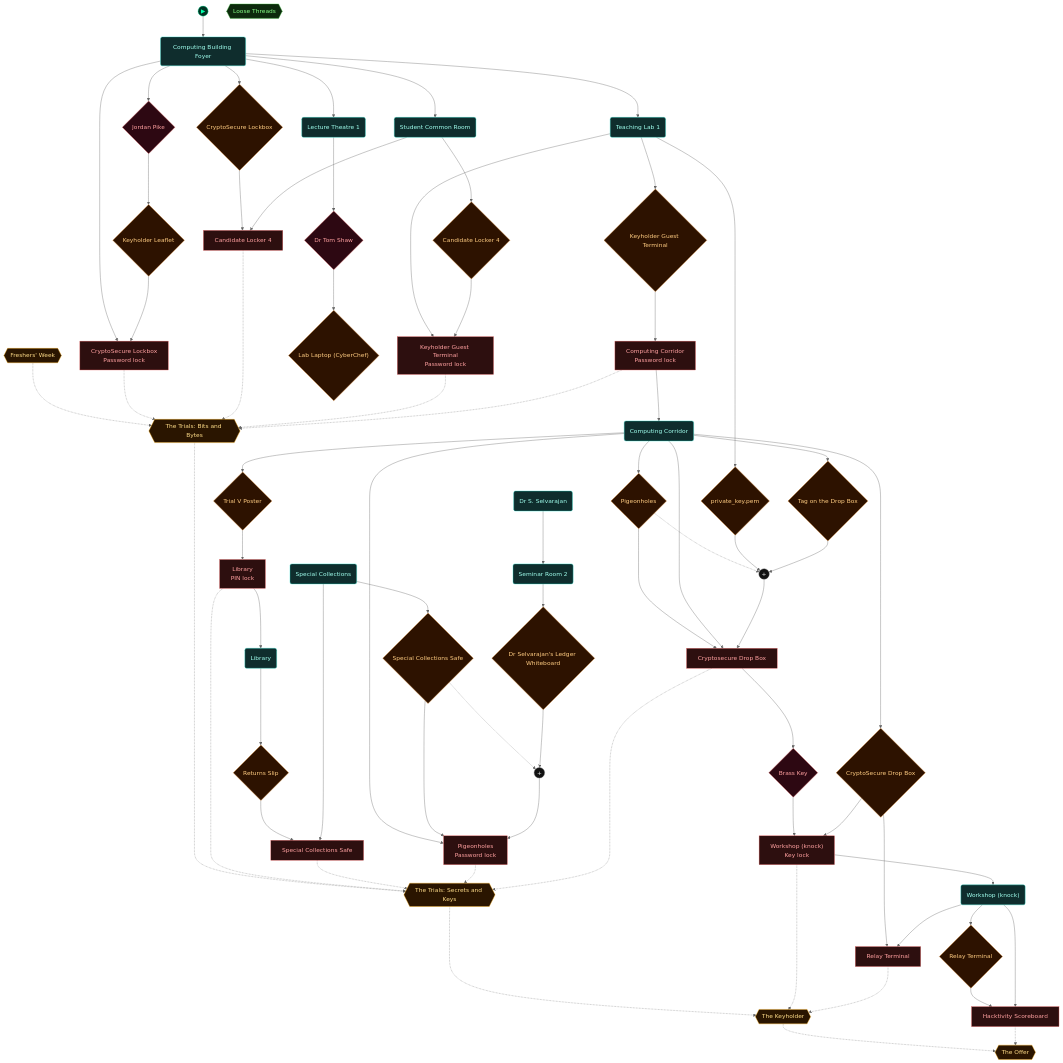
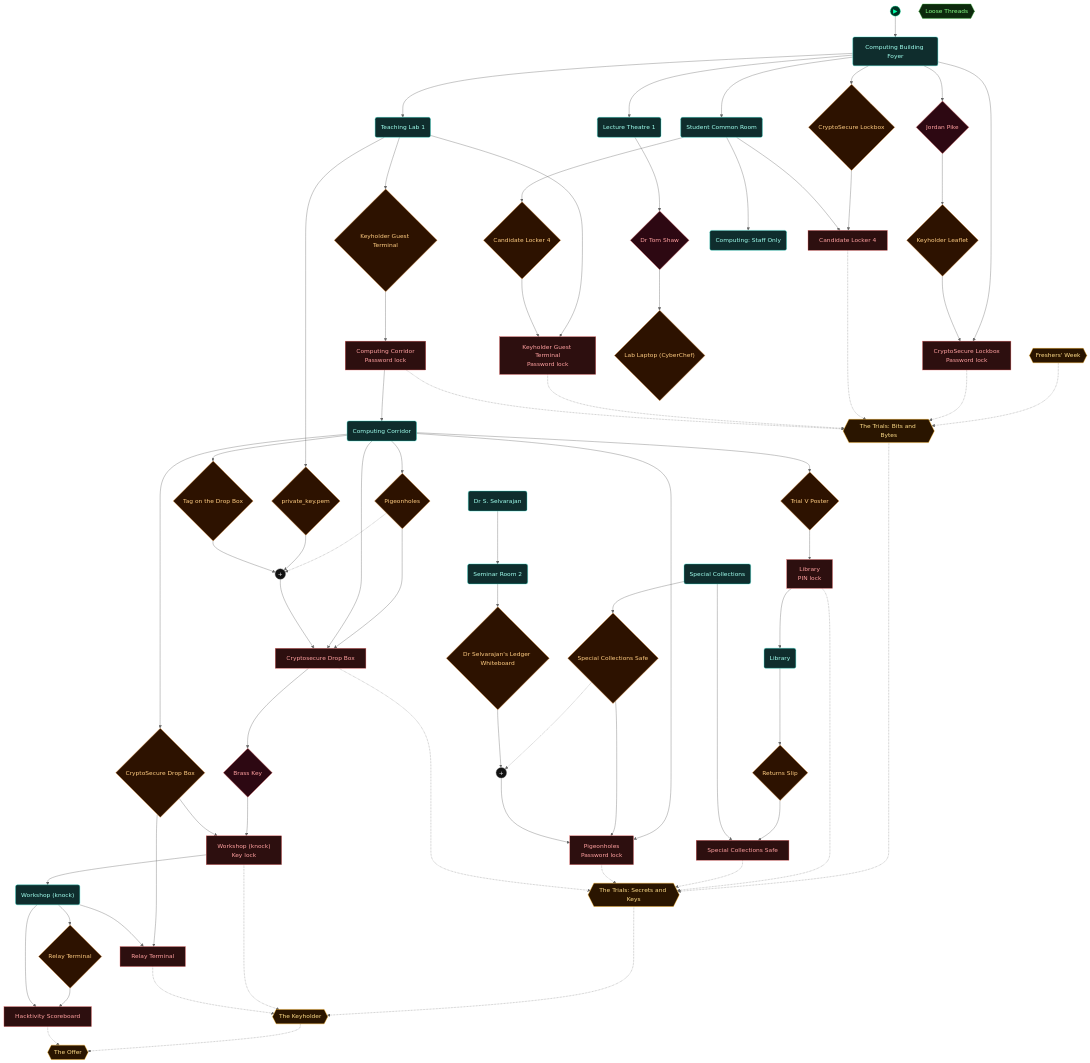
Before and after one commit to cliffe/BreakEscape: the third of 5 diagrams in scenarios/lab_tesseract_trials/dungeon_graph.md, drawn with Mermaid (neutral theme). The commit also changed other lines of this file and 10 other files, not shown here.

Commit message:
Keyholder Trials: staff office off the common room (optional), with staff slots for later

```diff
--- a/scenarios/lab_tesseract_trials/dungeon_graph.md
+++ b/scenarios/lab_tesseract_trials/dungeon_graph.md
@@ -272,6 +274,7 @@
   lock_hacktivity_scoreboard["Hacktivity Scoreboard"]
   andgate1((" + "))
   andgate2((" + "))
+  staff_office("Computing: Staff Only")
   sidhu_office("Dr S. Selvarajan")
   aim_freshers_week{{"Freshers' Week"}}
   aim_trials_bits{{"The Trials: Bits and Bytes"}}
@@ -330,6 +333,7 @@
   foyer --> teaching_lab
   foyer --> common_room
   foyer --> lecture_theatre
+  common_room --> staff_office
   sidhu_office --> seminar_room
   aim_freshers_week -.-> aim_trials_bits
   aim_trials_bits -.-> aim_trials_keys
@@ -348,7 +352,7 @@
   lock_hacktivity_scoreboard -.-> aim_the_offer
 
   class door_corridor,door_library,door_workshop,lock_cryptosecure_lockbox,lock_candidate_locker_4,lock_keyholder_guest_terminal,lock_pigeonholes,lock_cryptosecure_drop_box,lock_relay_terminal,lock_special_collections_safe,lock_hacktivity_scoreboard lock
-  class corridor,library,workshop,foyer,teaching_lab,lecture_theatre,common_room,special_collections,seminar_room,sidhu_office room
+  class corridor,library,workshop,foyer,teaching_lab,lecture_theatre,common_room,special_collections,seminar_room,staff_office,sidhu_office room
   class cryptosecure_lockbox,keyholder_leaflet,private_key_pem,keyholder_guest_terminal,lab_laptop_cyberchef,candidate_locker_4,trial_v_poster,pigeonholes,cryptosecure_drop_box,tag_on_the_drop_box,returns_slip,special_collections_safe,dr_selvarajan_s_ledger_whiteboard,relay_terminal item
   class npc_jordan_pike,npc_dr_tom_shaw,brass_key key
   class andgate1,andgate2 gate
```
